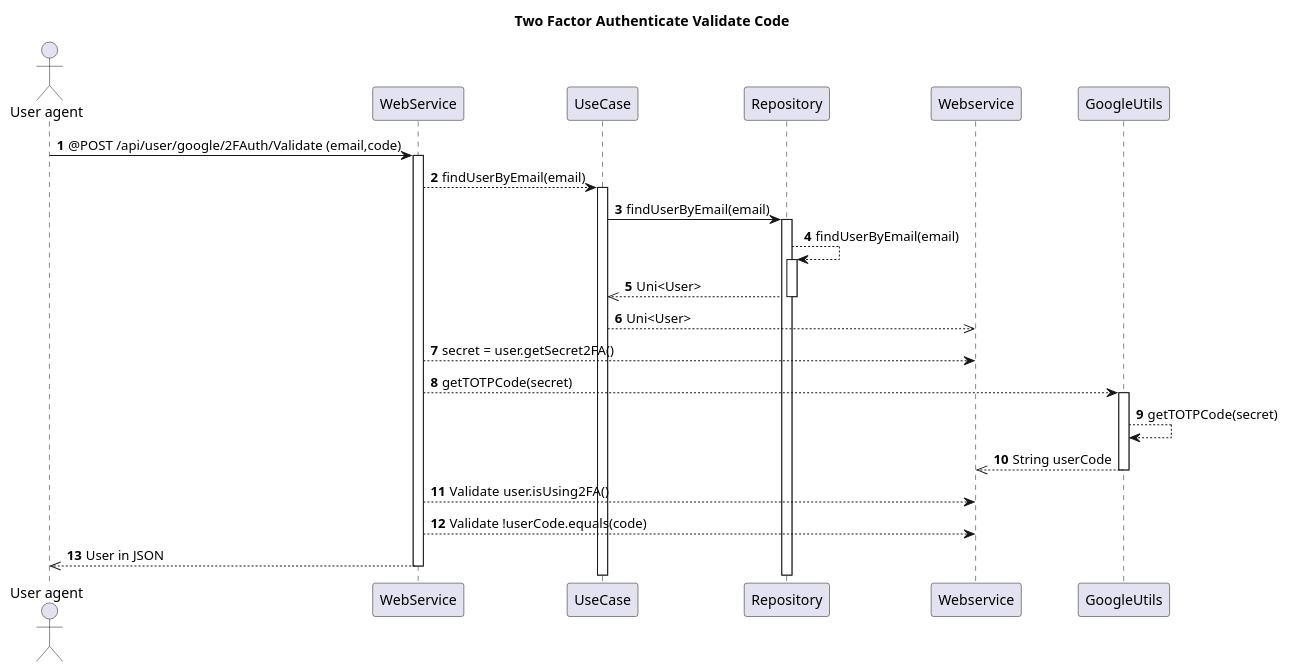
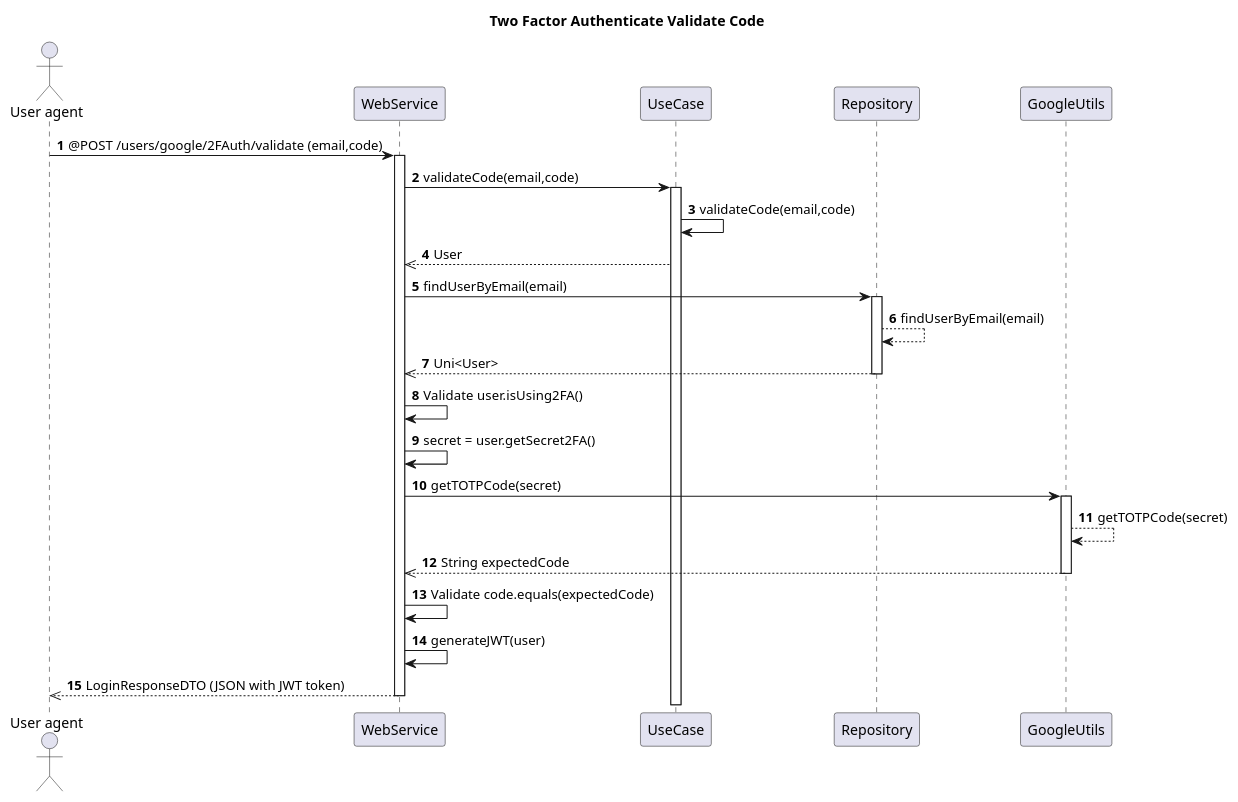
One commit to orion-services/users changed the diagram in docs/usecases/TwoFactorAuth/sequenceValidateCode.puml. Above: the diagram before and after it, drawn with PlantUML. The commit also changed 15 other files, not shown here.

```diff
--- a/docs/usecases/TwoFactorAuth/sequenceValidateCode.puml
+++ b/docs/usecases/TwoFactorAuth/sequenceValidateCode.puml
@@ -1,31 +1,33 @@
 @startuml
     title Two Factor Authenticate Validate Code
     actor "User agent" as user
     autonumber
-    user -> WebService: @POST /api/user/google/2FAuth/Validate (email,code)
+    
+    user -> WebService: @POST /users/google/2FAuth/validate (email,code)
     activate WebService 
 
-    WebService --> UseCase : findUserByEmail(email)
+    WebService -> UseCase: validateCode(email,code)
     activate UseCase
 
-    UseCase -> Repository : findUserByEmail(email)
+    UseCase -> UseCase: validateCode(email,code)
+    UseCase -->> WebService: User
+
+    WebService -> Repository: findUserByEmail(email)
     activate Repository
     Repository --> Repository: findUserByEmail(email)
-    activate Repository
-
-    Repository -->> UseCase: Uni<User>
+    Repository -->> WebService: Uni<User>
     deactivate Repository
 
-    UseCase -->> Webservice : Uni<User>
-
-    WebService --> Webservice : secret = user.getSecret2FA()
-    WebService --> GoogleUtils : getTOTPCode(secret)
+    WebService -> WebService: Validate user.isUsing2FA()
+    WebService -> WebService: secret = user.getSecret2FA()
+    WebService -> GoogleUtils: getTOTPCode(secret)
     activate GoogleUtils
-    GoogleUtils --> GoogleUtils : getTOTPCode(secret)
-    GoogleUtils -->> Webservice : String userCode
+    GoogleUtils --> GoogleUtils: getTOTPCode(secret)
+    GoogleUtils -->> WebService: String expectedCode
     deactivate GoogleUtils
-    WebService --> Webservice : Validate user.isUsing2FA()
-    WebService --> Webservice : Validate !userCode.equals(code)
-    WebService -->> user : User in JSON
+    
+    WebService -> WebService: Validate code.equals(expectedCode)
+    WebService -> WebService: generateJWT(user)
+    WebService -->> user: LoginResponseDTO (JSON with JWT token)
     deactivate WebService
 @enduml
```
